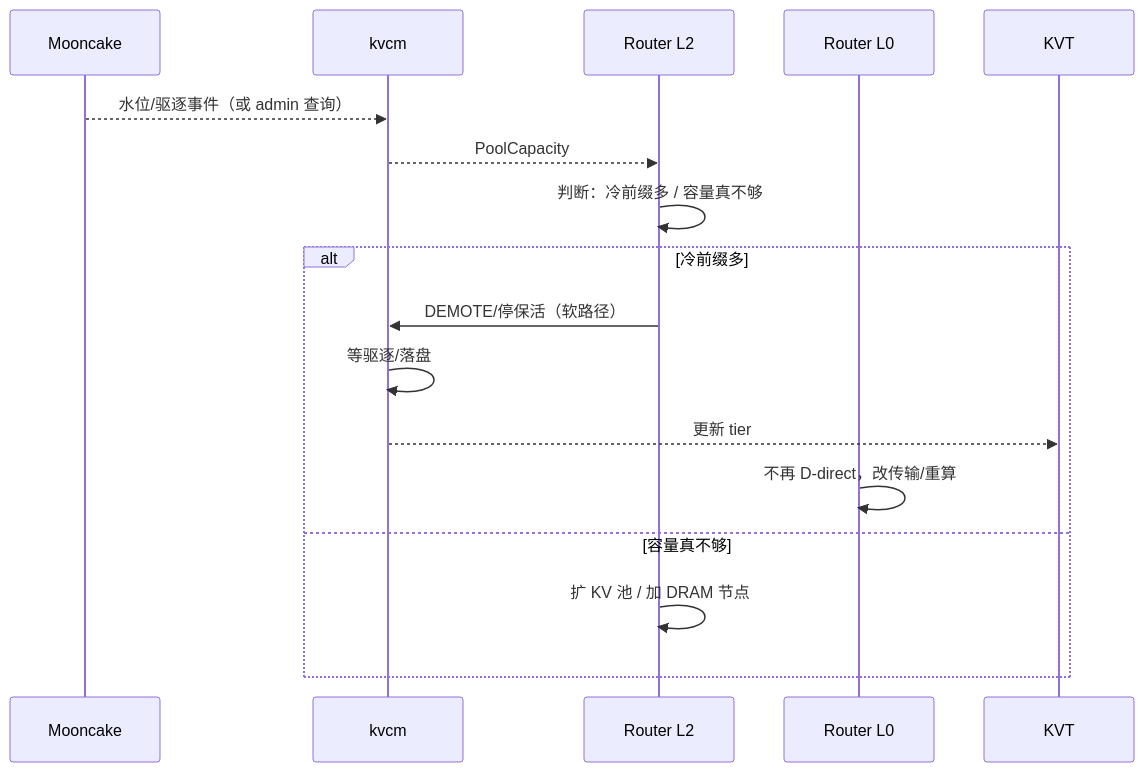
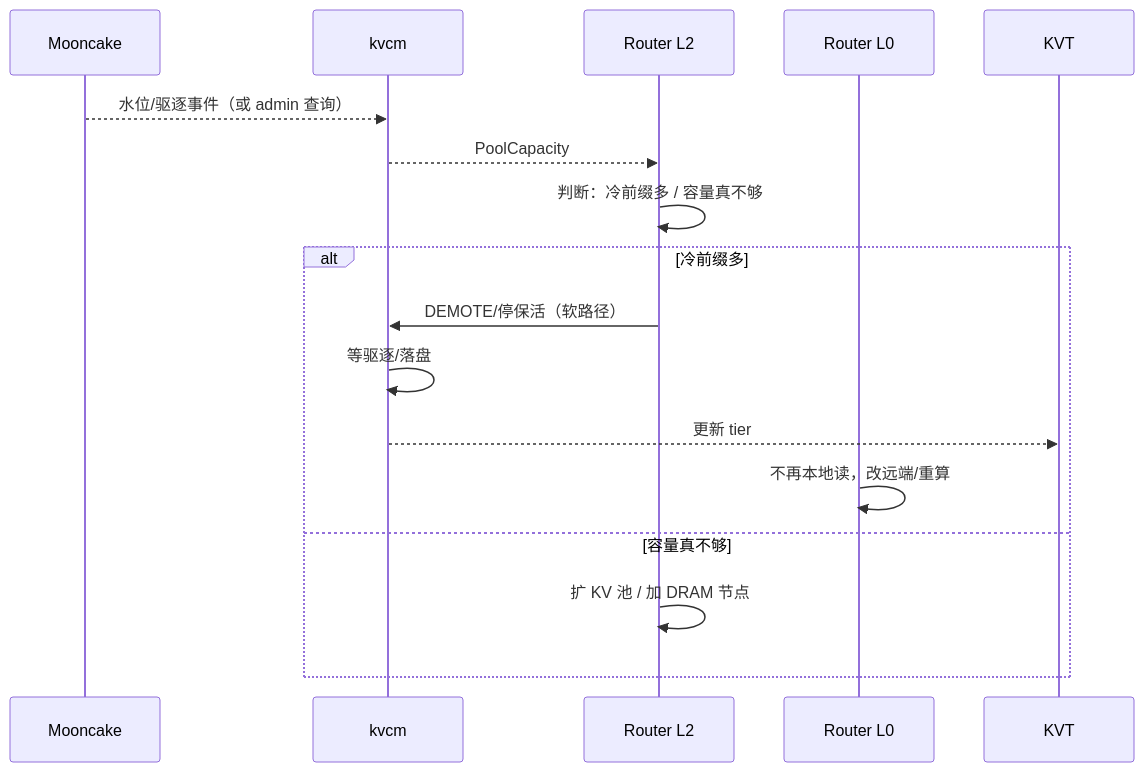
Before and after one commit to 5x8-40/lake: the seventh of 10 diagrams in kvcm/design/flows/scheduling.md, drawn with Mermaid. The commit also changed other lines of this file and 5 other files, not shown here.

````diff
--- a/kvcm/design/flows/scheduling.md
+++ b/kvcm/design/flows/scheduling.md
@@ -184,20 +203,20 @@
 ```mermaid
 sequenceDiagram
     participant M as Mooncake
     participant K as kvcm
     participant L2 as Router L2
     participant R as Router L0
     participant KVT as KVT
 
     M-->>K: 水位/驱逐事件（或 admin 查询）
     K-->>L2: PoolCapacity
     L2->>L2: 判断：冷前缀多 / 容量真不够
     alt 冷前缀多
         L2->>K: DEMOTE/停保活（软路径）
         K->>K: 等驱逐/落盘
         K-->>KVT: 更新 tier
-        R->>R: 不再 D-direct，改传输/重算
+        R->>R: 不再本地读，改远端/重算
     else 容量真不够
         L2->>L2: 扩 KV 池 / 加 DRAM 节点
     end
 ```
````
